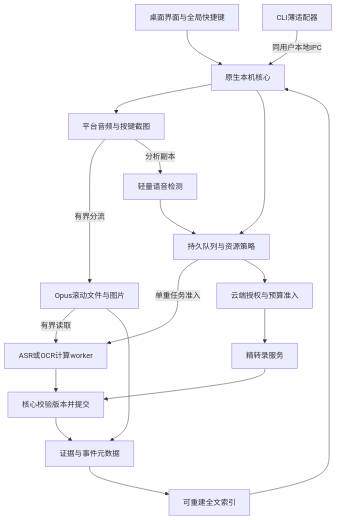
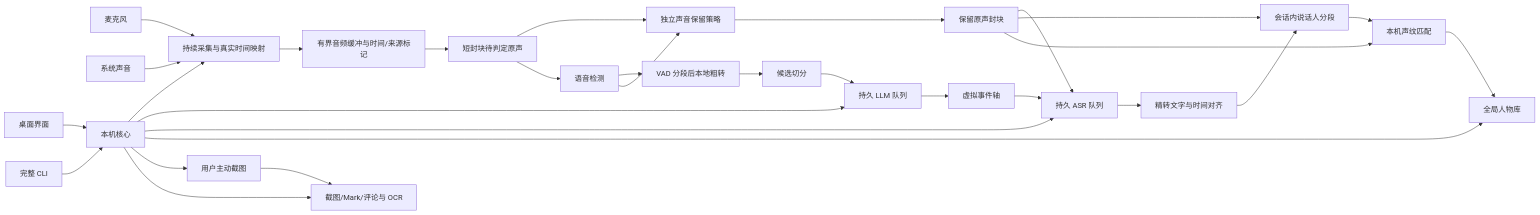
One commit to hAcKlyc/loppi changed the diagram in specs/prd/tech_rfc_0.1.md. Above: the diagram before and after it, drawn with Mermaid. The commit also changed other lines of this file and 16 other files, not shown here.

````diff
--- a/specs/prd/tech_rfc_0.1.md
+++ b/specs/prd/tech_rfc_0.1.md
@@ -20,20 +20,32 @@
-```mermaid
-flowchart TB
-    UI[桌面界面与全局快捷键] --> CORE[原生本机核心]
-    CLI[CLI薄适配器] -->|同用户本地IPC| CORE
-    CORE --> CAP[平台音频与按键截图]
-    CAP -->|有界分流| RAW[Opus滚动文件与图片]
-    CAP -->|分析副本| VAD[轻量语音检测]
-    VAD --> QUEUE[持久队列与资源策略]
-    CORE --> QUEUE
-    QUEUE -->|单重任务准入| WORKER[ASR或OCR计算worker]
-    RAW -->|有界读取| WORKER
-    QUEUE --> GATE[云端授权与预算准入]
-    GATE --> CLOUD[精转录服务]
-    WORKER --> COMMIT[核心校验版本并提交]
-    CLOUD --> COMMIT
-    COMMIT --> STORE[证据与事件元数据]
-    RAW --> STORE
-    STORE --> INDEX[可重建全文索引]
-    INDEX --> CORE
-```
+~~~mermaid
+flowchart LR
+  MIC[麦克风] --> CAP[持续采集与真实时间映射]
+  SYS[系统声音] --> CAP
+  CAP --> BUFFER[有界音频缓冲与时间/来源标记]
+  BUFFER --> SPOOL[短封块待判定原声]
+  SPOOL --> GATE[独立声音保留策略]
+  GATE --> MEDIA[保留原声封块]
+  SPOOL --> VAD[语音检测]
+  VAD --> LOCAL[VAD 分段后本地粗转]
+  VAD --> GATE
+  LOCAL --> CAND[候选切分]
+  CAND --> LLMQ[持久 LLM 队列]
+  LLMQ --> EVENT[虚拟事件轴]
+  EVENT --> ASRQ[持久 ASR 队列]
+  MEDIA --> ASRQ
+  ASRQ --> PRECISE[精转文字与时间对齐]
+  PRECISE --> DIAR[会话内说话人分段]
+  MEDIA --> DIAR
+  DIAR --> MATCH[本机声纹匹配]
+  MEDIA --> MATCH
+  MATCH --> PEOPLE[全局人物库]
+  SHOT[用户主动截图] --> MOMENT[截图/Mark/评论与 OCR]
+  UI[桌面界面] --> CORE[本机核心]
+  CLI[完整 CLI] --> CORE
+  CORE --> CAP
+  CORE --> LLMQ
+  CORE --> ASRQ
+  CORE --> PEOPLE
+  CORE --> SHOT
+  CORE --> MOMENT
+~~~
````
